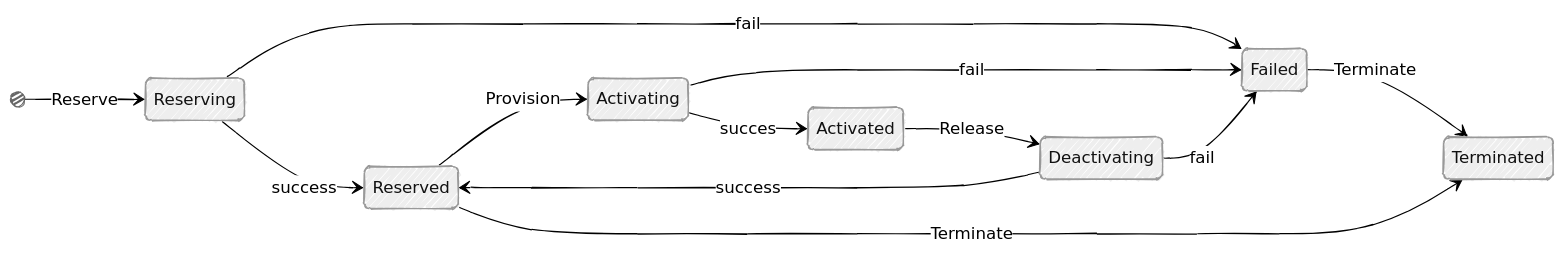
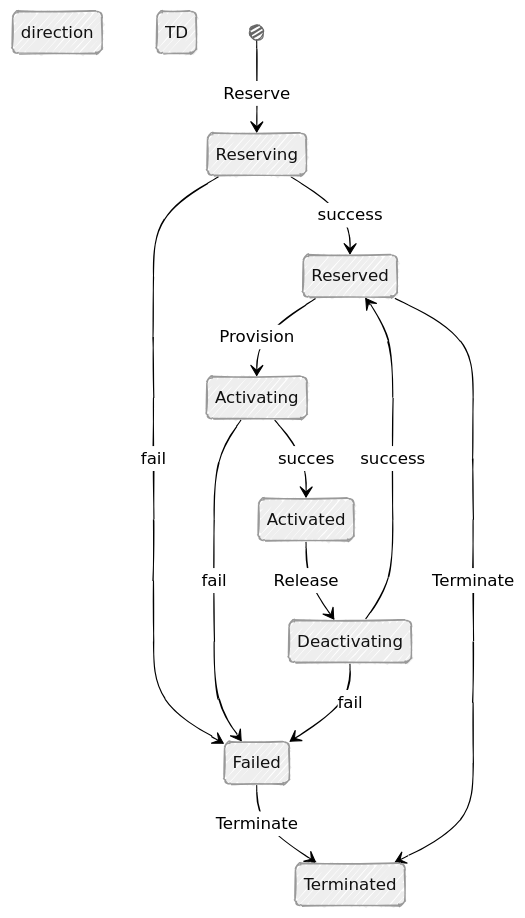
One commit to workfloworchestrator/nsi-aggregator-proxy changed the diagram in README.md. Above: the diagram before and after it, drawn with Mermaid.

Commit message:
change diagram direction from LR to TD

````diff
--- a/README.md
+++ b/README.md
@@ -5,20 +5,20 @@
 ```mermaid
 %%{init: {"look": "handDrawn", "theme": "neutral"}}%%
 stateDiagram-v2
-    direction LR
+    direction TD
 
     [*] --> Reserving : Reserve
     state Reserving <<choice>>
     Reserving --> Reserved : success
     Reserving --> Failed : fail
     Failed --> Terminated : Terminate
     Reserved --> Activating : Provision
     state Activating <<choice>>
     Activating --> Activated : succes
     Activating --> Failed : fail
     Activated --> Deactivating : Release
     state Deactivating <<choice>>
     Deactivating --> Reserved : success
     Deactivating --> Failed : fail
     Reserved --> Terminated : Terminate
 ```
````
